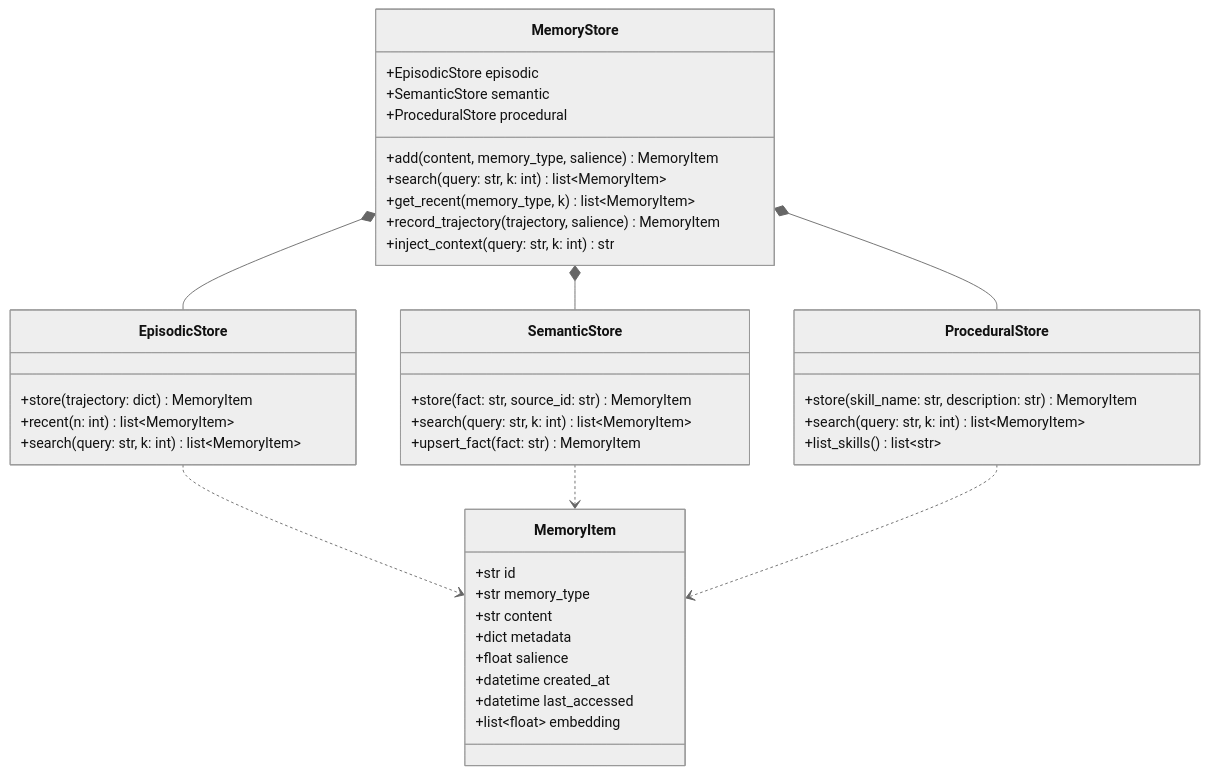
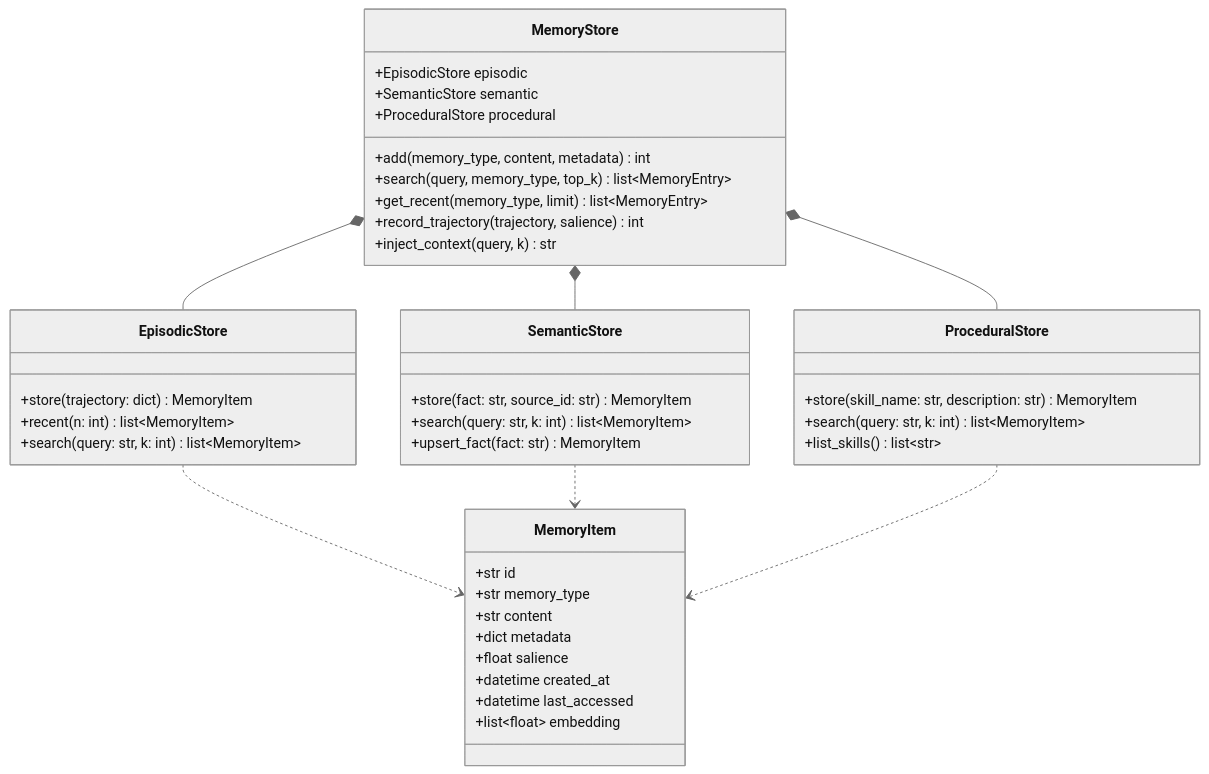
One commit to shaneliuyx/self-improving-agents-curriculum changed the first of 2 diagrams in curriculum/04 - Memory Systems.md. Above: the diagram before and after it, drawn with Mermaid. The commit also changed 10 other files, not shown here.

````diff
--- a/curriculum/04 - Memory Systems.md
+++ b/curriculum/04 - Memory Systems.md
@@ -50,50 +50,50 @@
 ```mermaid
 %%{init: {"theme":"neutral","themeVariables":{"fontSize":"16px"}}}%%
 classDiagram
     class MemoryItem {
         +str id
         +str memory_type
         +str content
         +dict metadata
         +float salience
         +datetime created_at
         +datetime last_accessed
         +list~float~ embedding
     }
 
     class EpisodicStore {
         +store(trajectory: dict) MemoryItem
         +recent(n: int) list~MemoryItem~
         +search(query: str, k: int) list~MemoryItem~
     }
 
     class SemanticStore {
         +store(fact: str, source_id: str) MemoryItem
         +search(query: str, k: int) list~MemoryItem~
         +upsert_fact(fact: str) MemoryItem
     }
 
     class ProceduralStore {
         +store(skill_name: str, description: str) MemoryItem
         +search(query: str, k: int) list~MemoryItem~
         +list_skills() list~str~
     }
 
     class MemoryStore {
         +EpisodicStore episodic
         +SemanticStore semantic
         +ProceduralStore procedural
-        +add(content, memory_type, salience) MemoryItem
-        +search(query: str, k: int) list~MemoryItem~
-        +get_recent(memory_type, k) list~MemoryItem~
-        +record_trajectory(trajectory, salience) MemoryItem
-        +inject_context(query: str, k: int) str
+        +add(memory_type, content, metadata) int
+        +search(query, memory_type, top_k) list~MemoryEntry~
+        +get_recent(memory_type, limit) list~MemoryEntry~
+        +record_trajectory(trajectory, salience) int
+        +inject_context(query, k) str
     }
 
     MemoryStore *-- EpisodicStore
     MemoryStore *-- SemanticStore
     MemoryStore *-- ProceduralStore
     EpisodicStore ..> MemoryItem
     SemanticStore ..> MemoryItem
     ProceduralStore ..> MemoryItem
 ```
````
